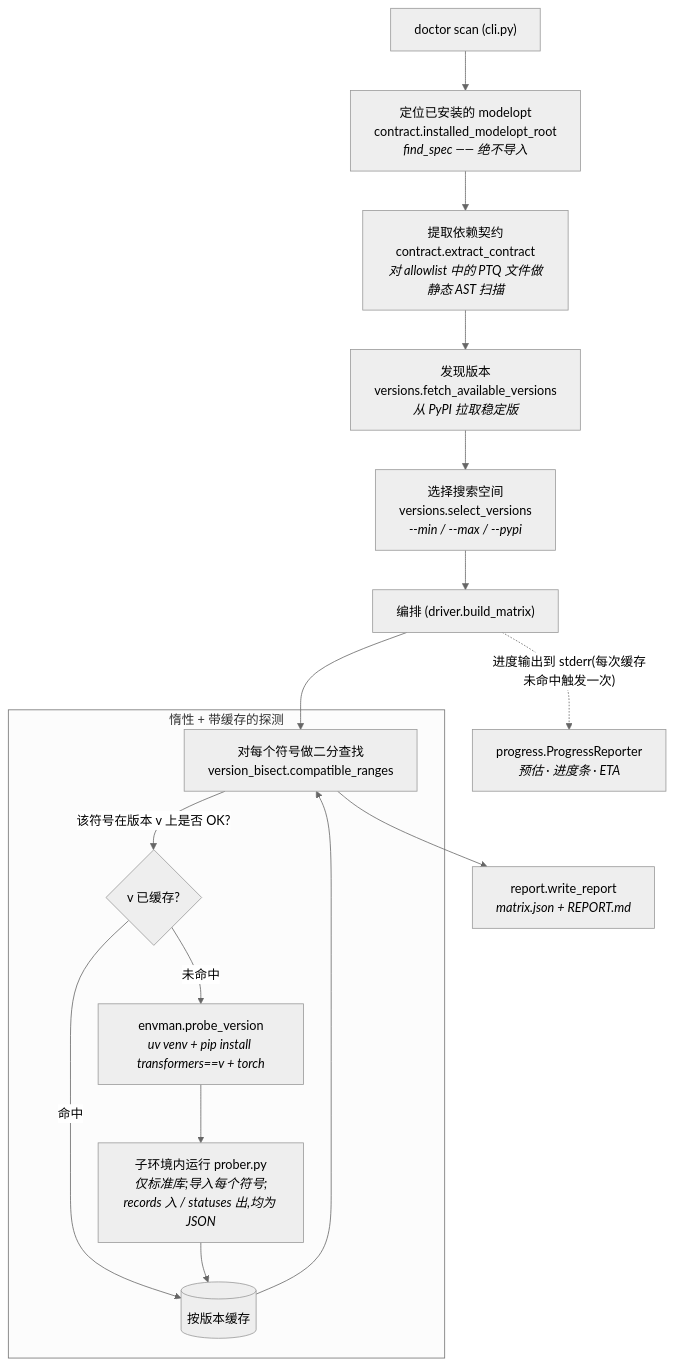
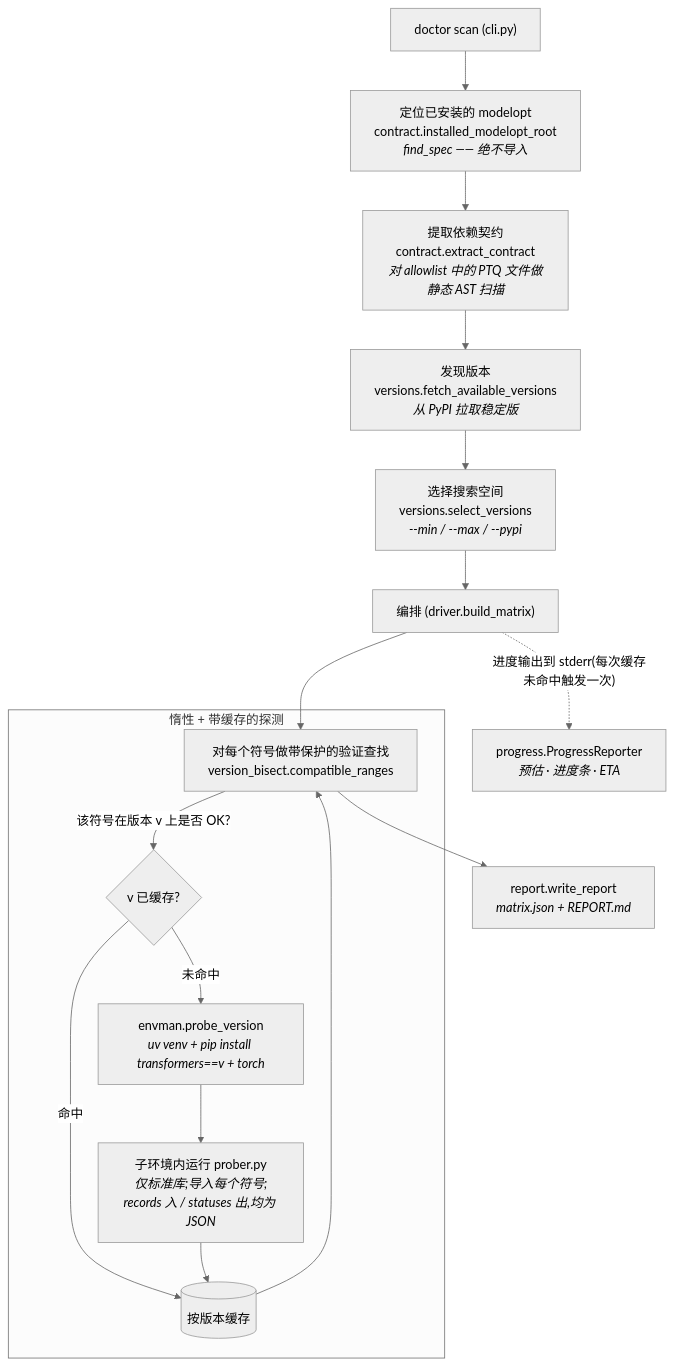
Before and after one commit to joe0731/modelopt_ptq_transformers_doctor: the fifth of 8 diagrams in README.md, drawn with Mermaid (neutral theme). The commit also changed other lines of this file and 11 other files, not shown here.

````diff
--- a/README.md
+++ b/README.md
@@ -364,22 +391,22 @@
 ```mermaid
 flowchart TD
     scan["doctor scan&nbsp;(cli.py)"] --> locate["定位已安装的 modelopt<br/>contract.installed_modelopt_root<br/><i>find_spec —— 绝不导入</i>"]
     locate --> extract["提取依赖契约<br/>contract.extract_contract<br/><i>对 allowlist 中的 PTQ 文件做静态 AST 扫描</i>"]
     extract --> discover["发现版本<br/>versions.fetch_available_versions<br/><i>从 PyPI 拉取稳定版</i>"]
     discover --> select["选择搜索空间<br/>versions.select_versions<br/><i>--min / --max / --pypi</i>"]
     select --> orchestrate["编排&nbsp;(driver.build_matrix)"]
 
-    orchestrate --> bisect["对每个符号做二分查找<br/>version_bisect.compatible_ranges"]
+    orchestrate --> bisect["对每个符号做带保护的验证查找<br/>version_bisect.compatible_ranges"]
 
     subgraph probing["惰性 + 带缓存的探测"]
       bisect -->|"该符号在版本 v 上是否 OK?"| cache_check{"v 已缓存?"}
       cache_check -->|命中| cache[("按版本缓存")]
       cache_check -->|未命中| install_env["envman.probe_version<br/><i>uv venv + pip install transformers==v + torch</i>"]
       install_env --> prober["子环境内运行 prober.py<br/><i>仅标准库;导入每个符号;<br/>records 入 / statuses 出,均为 JSON</i>"]
       prober --> cache
       cache --> bisect
     end
 
     bisect --> report["report.write_report<br/><i>matrix.json + REPORT.md</i>"]
     orchestrate -. "进度输出到 stderr(每次缓存未命中触发一次)" .-> progress["progress.ProgressReporter<br/><i>预估 · 进度条 · ETA</i>"]
 ```
````
